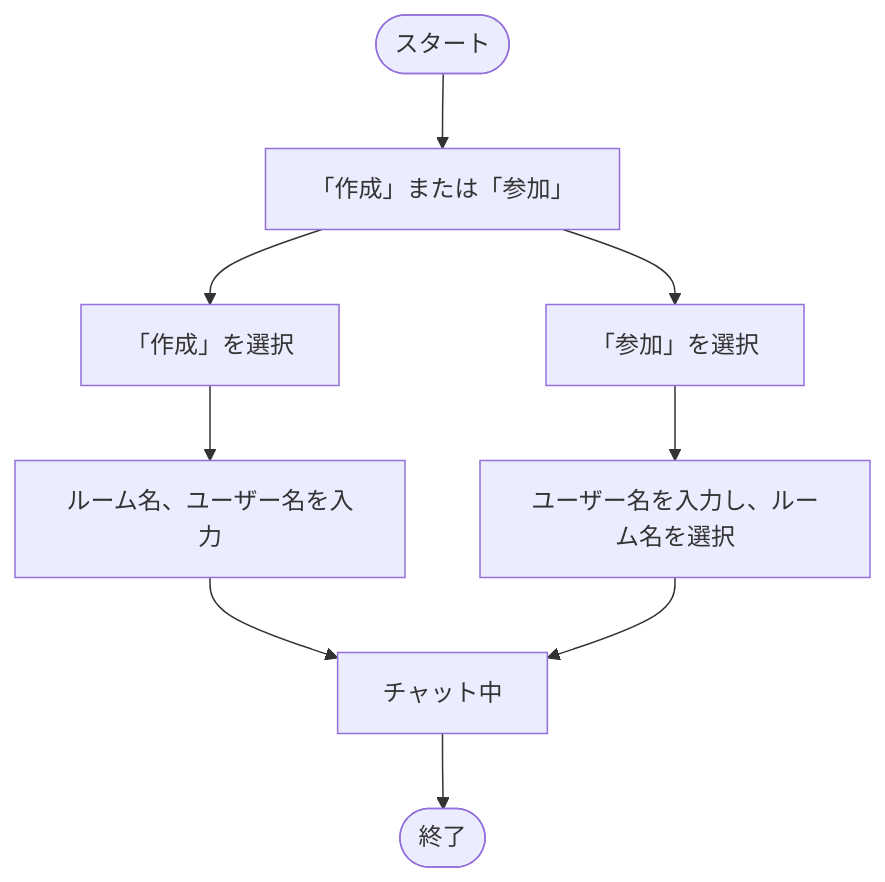
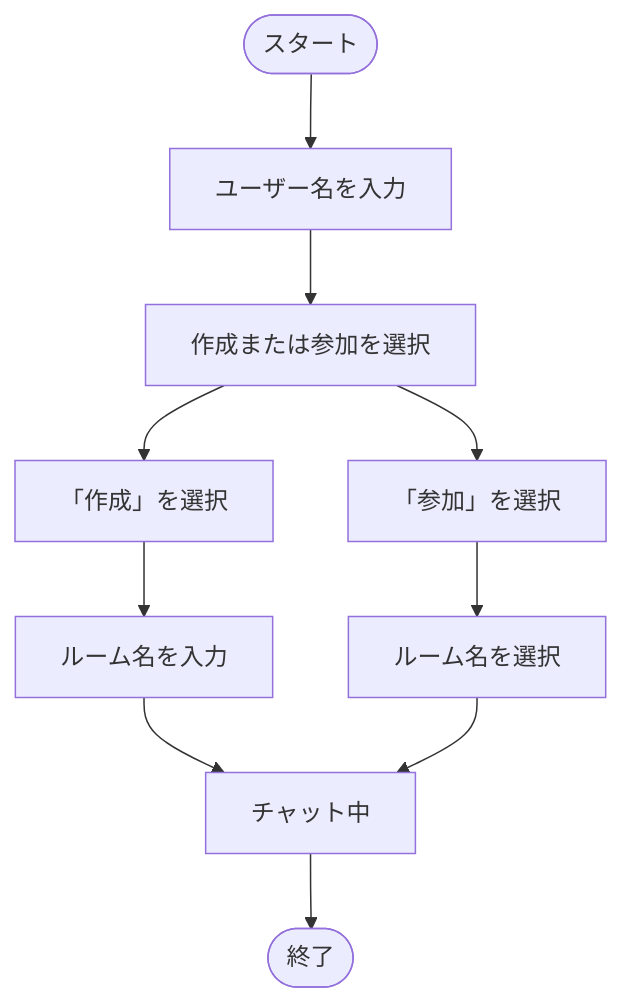
The first of 4 diagrams in README.md (BackendExplorer/Online-Chat-Service), drawn with Mermaid before and after one commit.

````diff
--- a/README.md
+++ b/README.md
@@ -177,20 +177,23 @@
 ```mermaid
 flowchart TD
     Start([スタート])
-    選択[「作成」または「参加」]
+    入力[ユーザー名を入力]
+    選択[作成または参加を選択]
 
     作成1[「作成」を選択]
-    ルーム名入力[ルーム名、ユーザー名を入力]
+    ルーム名入力[ルーム名を入力]
 
     参加2[「参加」を選択]
-    ルーム一覧[ユーザー名を入力し、ルーム名を選択]
+    ルーム一覧[ルーム名を選択]
 
     チャット中[チャット中]
     End([終了])
 
-    Start --> 選択
+    Start --> 入力 --> 選択
+
     選択 --> 作成1 --> ルーム名入力 --> チャット中
     選択 --> 参加2 --> ルーム一覧 --> チャット中
+
     チャット中 --> End
 
 ```
````
